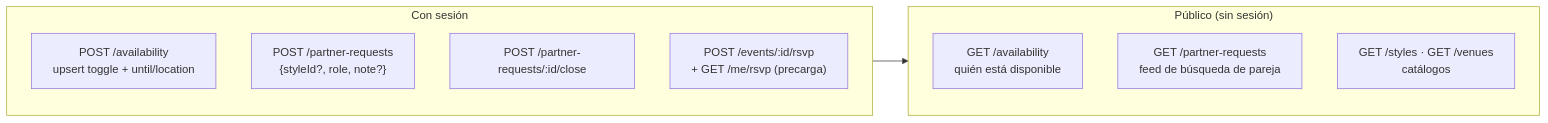
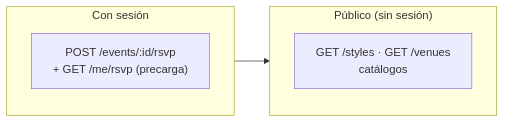
The tenth of 31 diagrams in docs/flows.md (EduardoSalasG/omnidance), drawn with Mermaid before and after one commit. The commit also changed other lines of this file and 29 other files, not shown here.

````diff
--- a/docs/flows.md
+++ b/docs/flows.md
@@ -206,15 +209,10 @@
 ```mermaid
 flowchart LR
     subgraph Public["Público (sin sesión)"]
-        AV["GET /availability<br/>quién está disponible"]
-        PR["GET /partner-requests<br/>feed de búsqueda de pareja"]
         ST["GET /styles · GET /venues<br/>catálogos"]
     end
     subgraph Auth["Con sesión"]
-        PAV["POST /availability<br/>upsert toggle + until/location"]
-        PPR["POST /partner-requests<br/>{styleId?, role, note?}"]
-        CPR["POST /partner-requests/:id/close"]
         RSVP["POST /events/:id/rsvp<br/>+ GET /me/rsvp (precarga)"]
     end
     Auth --> Public
 ```
````
